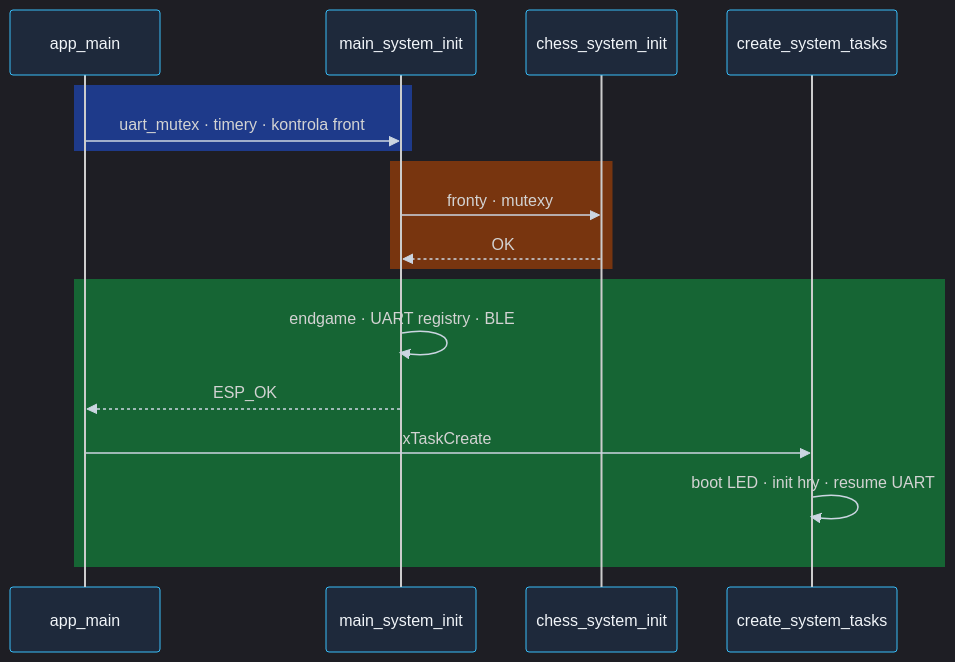
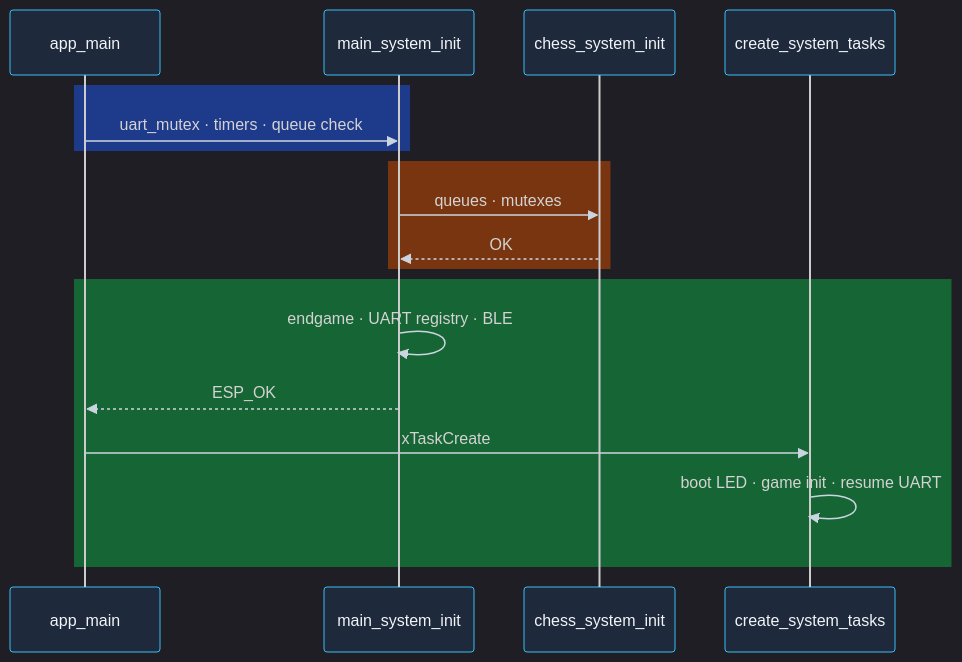
The first of 6 diagrams in docs/diagrams/README.md (AlfredKrutina/chess_esp32_c6_devkit), drawn with Mermaid before and after one commit. The commit also changed other lines of this file and 372 other files, not shown here.

````diff
--- a/docs/diagrams/README.md
+++ b/docs/diagrams/README.md
@@ -62,21 +62,21 @@
 ```mermaid
 %%{init: {'theme':'dark','themeVariables':{'actorBkg':'#1e293b','actorBorder':'#38bdf8','actorTextColor':'#f1f5f9','signalColor':'#cbd5e1','noteBkgColor':'#334155','noteTextColor':'#f1f5f9','noteBorderColor':'#475569','loopTextColor':'#e2e8f0','labelBoxBkgColor':'#334155','labelTextColor':'#f8fafc'}}}%%
 sequenceDiagram
   participant AM as app_main
   participant SYS as main_system_init
   participant FC as chess_system_init
   participant CR as create_system_tasks
   rect rgb(30, 58, 138)
-    AM->>SYS: uart_mutex · timery · kontrola front
+    AM->>SYS: uart_mutex · timers · queue check
   end
   rect rgb(120, 53, 15)
-    SYS->>FC: fronty · mutexy
+    SYS->>FC: queues · mutexes
     FC-->>SYS: OK
   end
   rect rgb(22, 101, 52)
     SYS->>SYS: endgame · UART registry · BLE
     SYS-->>AM: ESP_OK
     AM->>CR: xTaskCreate
-    CR->>CR: boot LED · init hry · resume UART
+    CR->>CR: boot LED · game init · resume UART
   end
 ```
````
